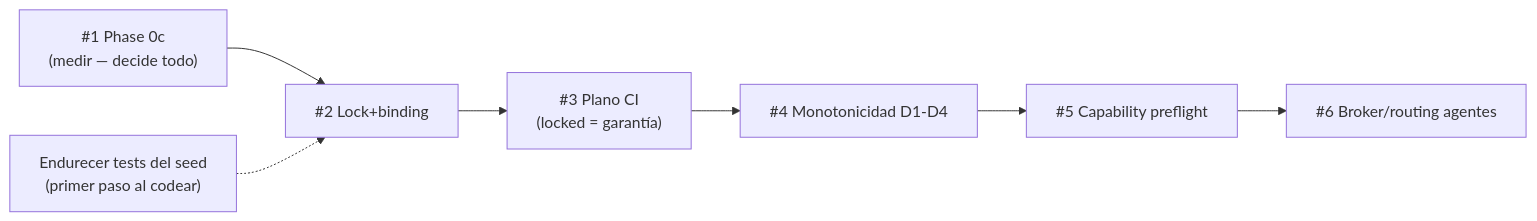
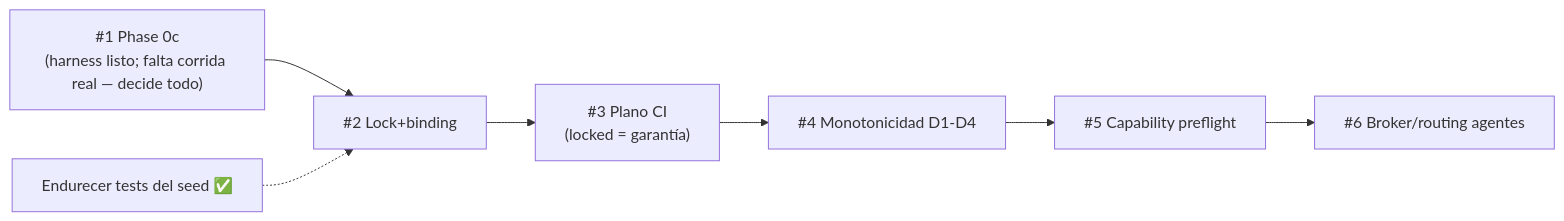
The diagram in docs/ROADMAP.md (JhonaCodes/keel), drawn with Mermaid before and after one commit. The commit also changed other lines of this file and 4 other files, not shown here.

````diff
--- a/docs/ROADMAP.md
+++ b/docs/ROADMAP.md
@@ -149,9 +157,9 @@
 ```mermaid
 flowchart LR
-    P0c["#1 Phase 0c<br/>(medir — decide todo)"] --> LOCK["#2 Lock+binding"]
+    P0c["#1 Phase 0c<br/>(harness listo; falta corrida real — decide todo)"] --> LOCK["#2 Lock+binding"]
     LOCK --> CI["#3 Plano CI<br/>(locked = garantía)"]
     CI --> COMP["#4 Monotonicidad D1-D4"]
     COMP --> PRE["#5 Capability preflight"]
     PRE --> BROKER["#6 Broker/routing agentes"]
-    TEST["Endurecer tests del seed<br/>(primer paso al codear)"] -.-> LOCK
+    TEST["Endurecer tests del seed ✅"] -.-> LOCK
 ```
````
